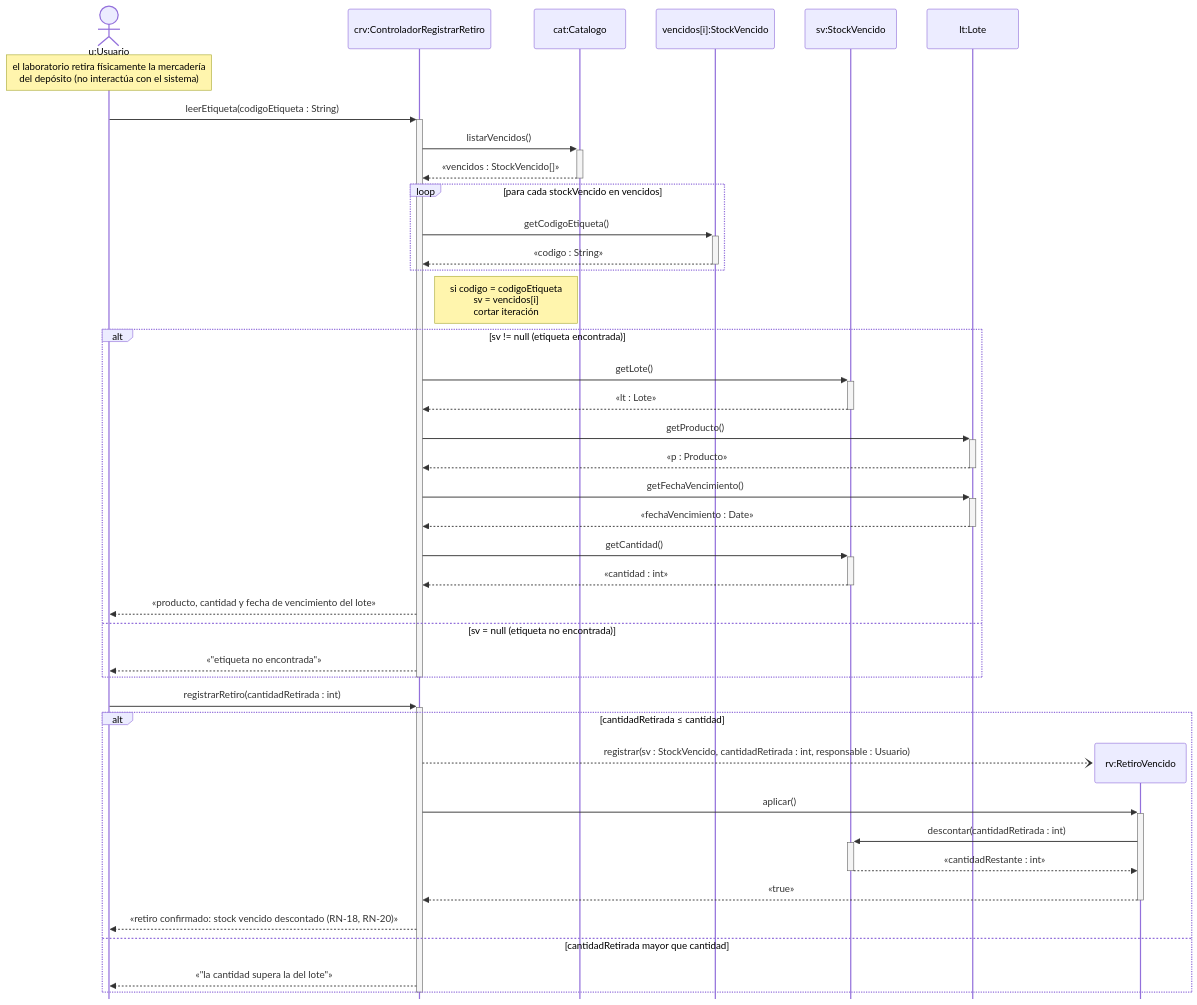
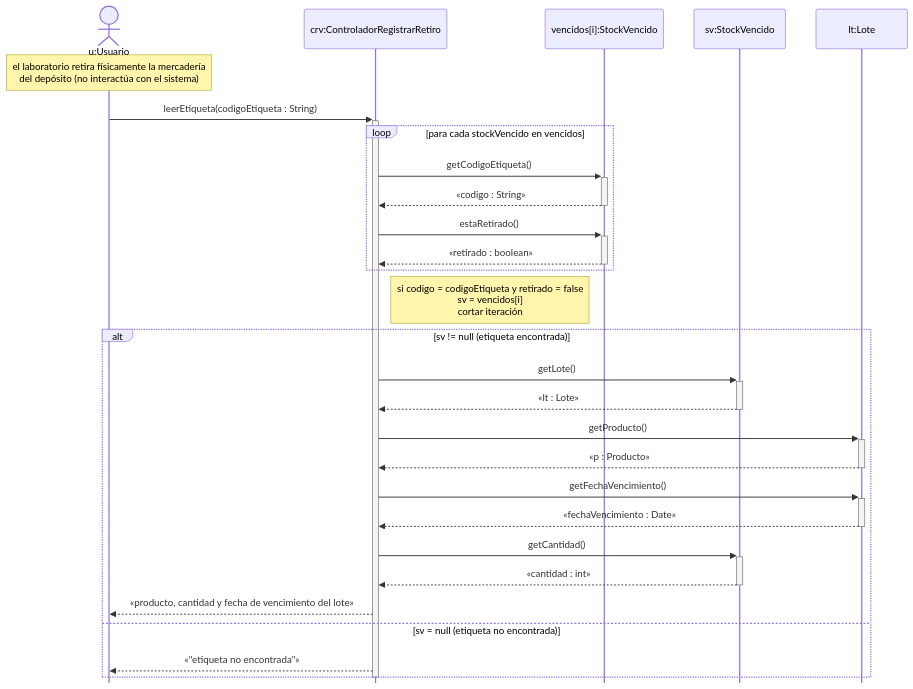
Diagram 14 of 17 in 08-Diagrama De Secuencia/Diagramas_de_Secuencia.md (cirotop/Stock-Project), drawn with Mermaid before and after one commit. The commit also changed other lines of this file, not shown here.

````diff
--- a/08-Diagrama De Secuencia/Diagramas_de_Secuencia.md
+++ b/08-Diagrama De Secuencia/Diagramas_de_Secuencia.md
@@ -374,48 +442,33 @@
 ```mermaid
 %%{init: {"sequence": {"mirrorActors": false}, "themeCSS": ".loopLine { stroke-dasharray: none !important; stroke-width: 1.5px !important; }"}}%%
 sequenceDiagram
     actor u as u:Usuario
     participant crv as crv:ControladorRegistrarRetiro
-    participant cat as cat:Catalogo
     participant vi as vencidos[i]:StockVencido
     participant sv as sv:StockVencido
     participant lt as lt:Lote
 
     Note over u: el laboratorio retira físicamente la mercadería<br/>del depósito (no interactúa con el sistema)
     u->>+crv: leerEtiqueta(codigoEtiqueta : String)
-    crv->>+cat: listarVencidos()
-    cat-->>-crv: «vencidos : StockVencido[]»
     loop para cada stockVencido en vencidos
         crv->>+vi: getCodigoEtiqueta()
         vi-->>-crv: «codigo : String»
+        crv->>+vi: estaRetirado()
+        vi-->>-crv: «retirado : boolean»
     end
-    Note right of crv: si codigo = codigoEtiqueta<br/>sv = vencidos[i]<br/>cortar iteración
+    Note right of crv: si codigo = codigoEtiqueta y retirado = false<br/>sv = vencidos[i]<br/>cortar iteración
     alt sv != null (etiqueta encontrada)
         crv->>+sv: getLote()
         sv-->>-crv: «lt : Lote»
         crv->>+lt: getProducto()
         lt-->>-crv: «p : Producto»
         crv->>+lt: getFechaVencimiento()
         lt-->>-crv: «fechaVencimiento : Date»
         crv->>+sv: getCantidad()
         sv-->>-crv: «cantidad : int»
         crv-->>u: «producto, cantidad y fecha de vencimiento del lote»
     else sv = null (etiqueta no encontrada)
         crv-->>u: «"etiqueta no encontrada"»
     end
     deactivate crv
-
-    u->>+crv: registrarRetiro(cantidadRetirada : int)
-    alt cantidadRetirada ≤ cantidad
-        create participant rv as rv:RetiroVencido
-        crv--)rv: registrar(sv : StockVencido, cantidadRetirada : int, responsable : Usuario)
-        crv->>+rv: aplicar()
-        rv->>+sv: descontar(cantidadRetirada : int)
-        sv-->>-rv: «cantidadRestante : int»
-        rv-->>-crv: «true»
-        crv-->>u: «retiro confirmado: stock vencido descontado (RN-18, RN-20)»
-    else cantidadRetirada mayor que cantidad
-        crv-->>u: «"la cantidad supera la del lote"»
-    end
-    deactivate crv
 ```
````
